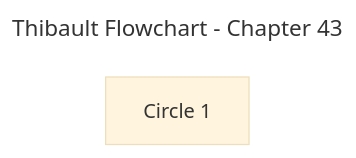
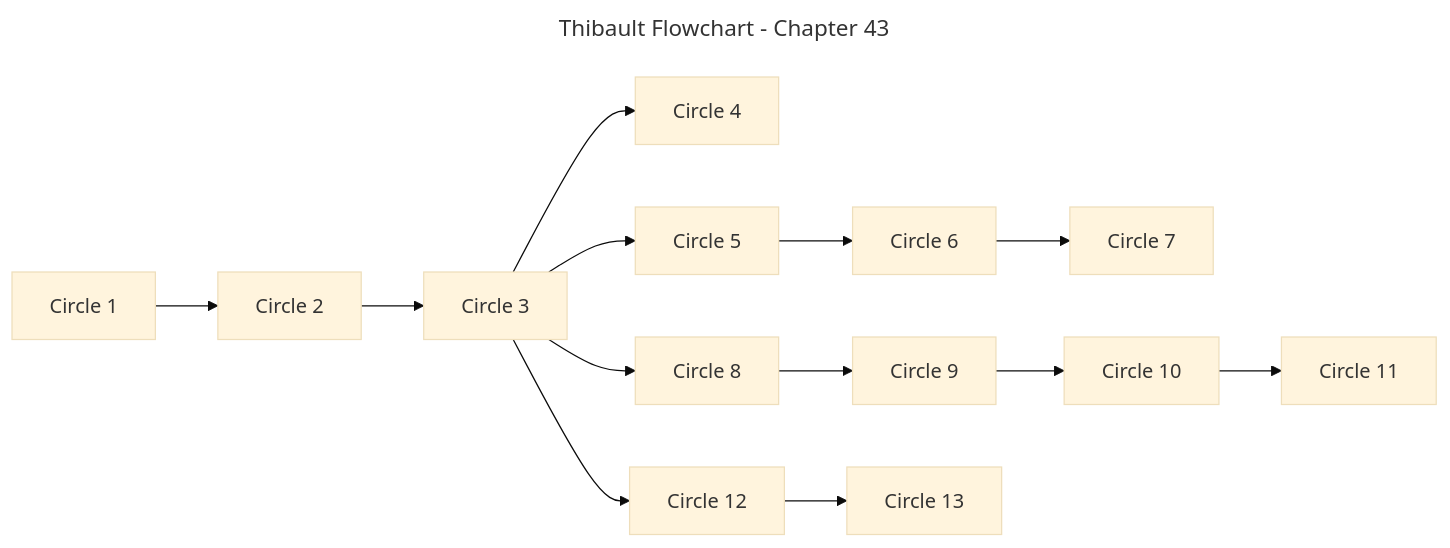
Before and after one commit to aquesnel/thibault-flowchart: the diagram in flowchart-per-chapter/chapter-43.mmd, drawn with Mermaid (base theme).

Commit message:
feat(ch43): initial flowchart of the circles

```diff
--- a/flowchart-per-chapter/chapter-43.mmd
+++ b/flowchart-per-chapter/chapter-43.mmd
@@ -1,10 +1,36 @@
 ---
 title: Thibault Flowchart - Chapter 43
 config:
   layout: dagre
   flowchart:
     htmlLabels: false
 ---
 flowchart LR
 	%% Nodes
 	B2_T12_C01["Circle 1"]
+	B2_T12_C02["Circle 2"]
+	B2_T12_C03["Circle 3"]
+	B2_T12_C04["Circle 4"]
+	B2_T12_C05["Circle 5"]
+	B2_T12_C06["Circle 6"]
+	B2_T12_C07["Circle 7"]
+	B2_T12_C08["Circle 8"]
+	B2_T12_C09["Circle 9"]
+	B2_T12_C10["Circle 10"]
+	B2_T12_C11["Circle 11"]
+	B2_T12_C12["Circle 12"]
+	B2_T12_C13["Circle 13"]
+
+	%% Edges
+	B2_T12_C01 --> B2_T12_C02
+	B2_T12_C02 --> B2_T12_C03
+	B2_T12_C03 --> B2_T12_C04
+	B2_T12_C03 --> B2_T12_C05
+	B2_T12_C05 --> B2_T12_C06
+	B2_T12_C06 --> B2_T12_C07
+	B2_T12_C03 --> B2_T12_C08
+	B2_T12_C08 --> B2_T12_C09
+	B2_T12_C09 --> B2_T12_C10
+	B2_T12_C10 --> B2_T12_C11
+	B2_T12_C03 --> B2_T12_C12
+	B2_T12_C12 --> B2_T12_C13
```
